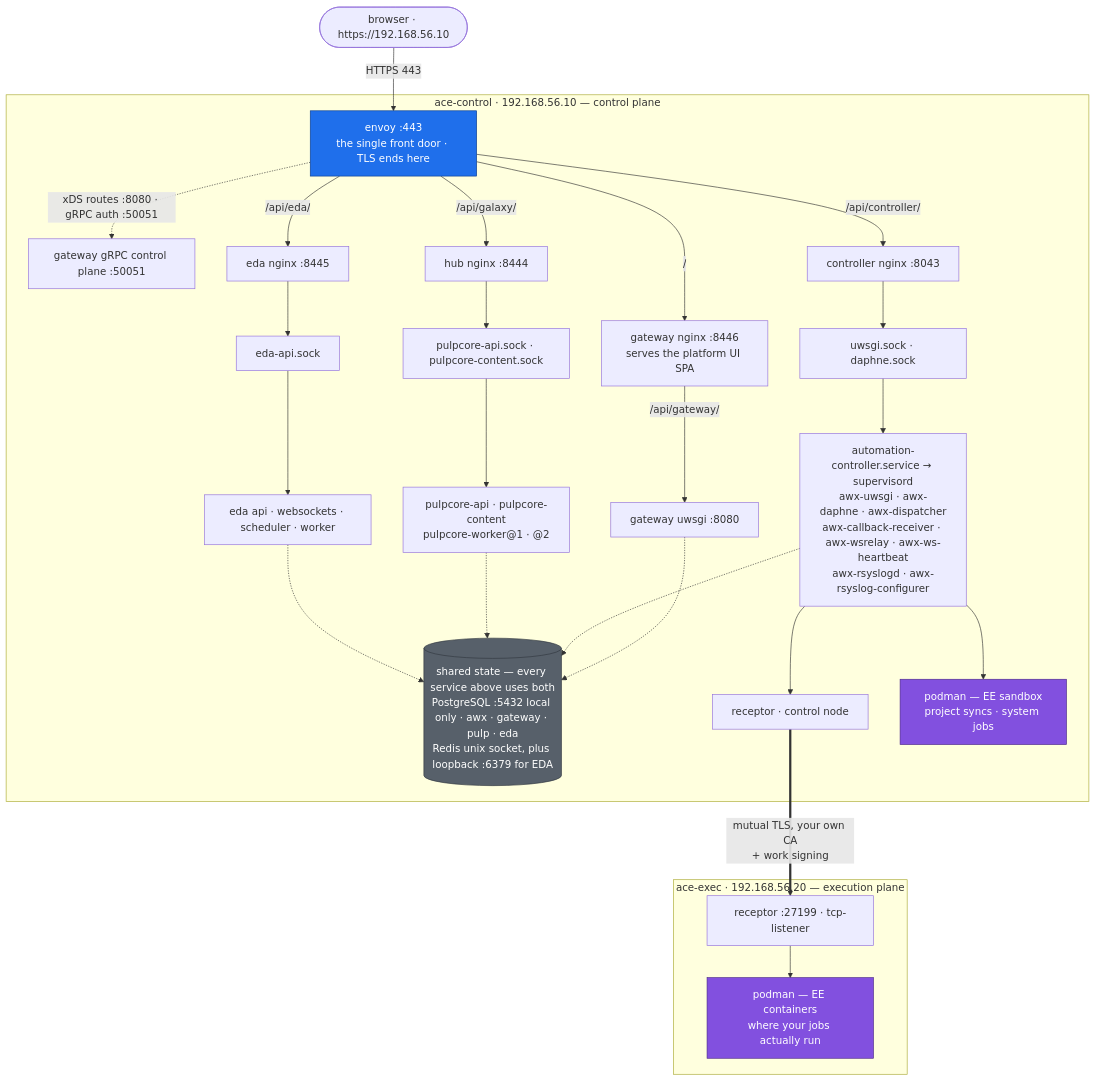
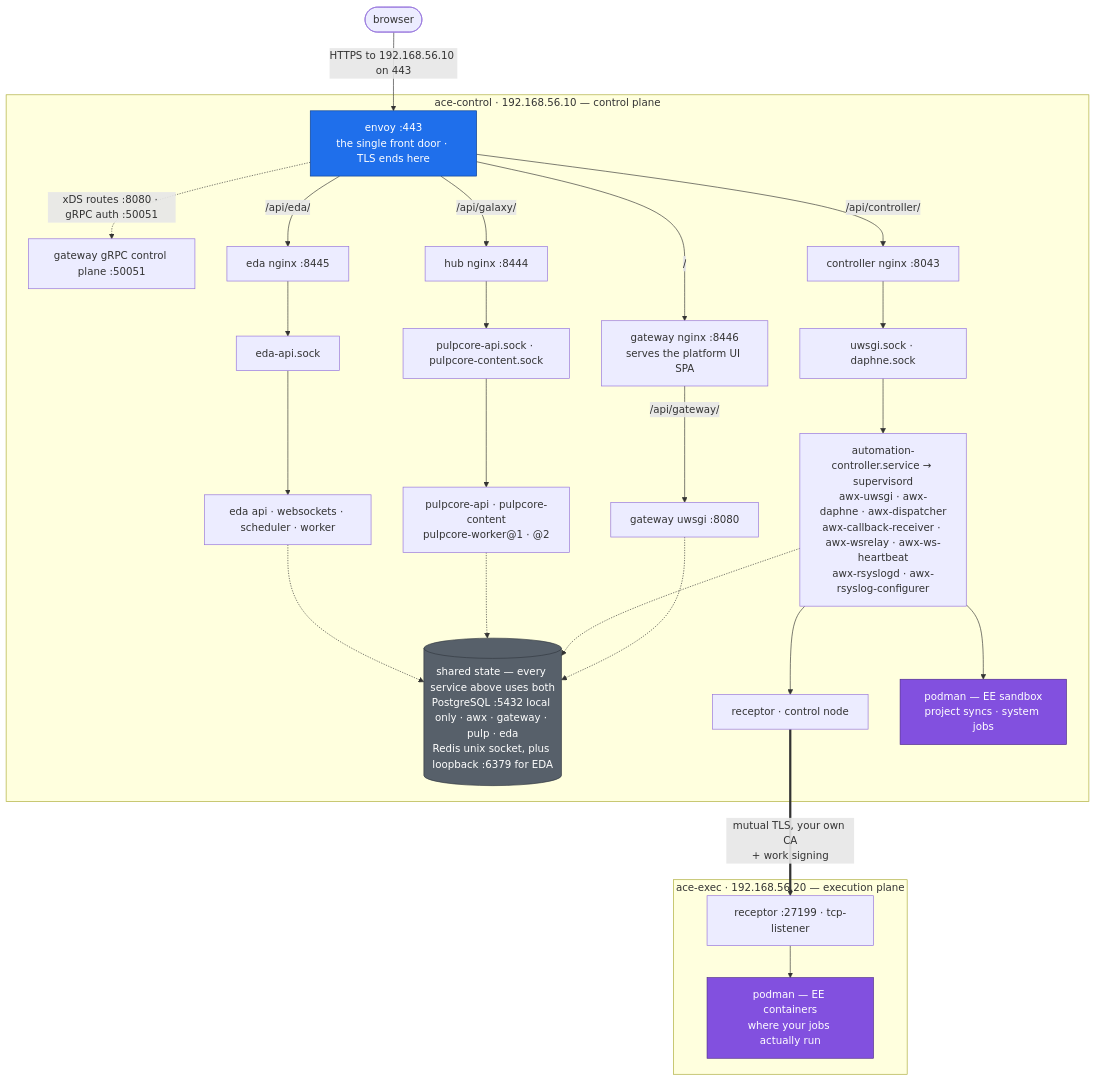
One commit to sammonsjl/ace-the-hard-way changed the diagram in README.md. Above: the diagram before and after it, drawn with Mermaid.

Commit message:
README: keep URLs out of mermaid labels — GitHub renders them as "Unsupported markdown: link"
GitHub parses mermaid node labels as markdown strings and its handler has no
link support, so the bare https:// URL in the browser node rendered as the
literal text "Unsupported markdown: link". Drop the scheme: the node is just
"browser" and the address moves into the edge label. mermaid-cli can't catch
this locally — it renders labels through the HTML/text path, not GitHub's
markdown-label path.

````diff
--- a/README.md
+++ b/README.md
@@ -22,64 +22,64 @@
 ```mermaid
 flowchart TD
-    browser(["browser · https://192.168.56.10"])
+    browser(["browser"])
 
     subgraph CONTROL["ace-control · 192.168.56.10 — control plane"]
         envoy["envoy :443<br/>the single front door · TLS ends here"]
 
         gwnginx["gateway nginx :8446<br/>serves the platform UI SPA"]
         gwuwsgi["gateway uwsgi :8080"]
         gwgrpc["gateway gRPC control plane :50051"]
 
         ctlnginx["controller nginx :8043"]
         ctlsock["uwsgi.sock · daphne.sock"]
         ctlsup["automation-controller.service → supervisord<br/>awx-uwsgi · awx-daphne · awx-dispatcher<br/>awx-callback-receiver · awx-wsrelay · awx-ws-heartbeat<br/>awx-rsyslogd · awx-rsyslog-configurer"]
 
         hubnginx["hub nginx :8444"]
         hubsock["pulpcore-api.sock · pulpcore-content.sock"]
         hubproc["pulpcore-api · pulpcore-content<br/>pulpcore-worker@1 · @2"]
 
         edanginx["eda nginx :8445"]
         edasock["eda-api.sock"]
         edaproc["eda api · websockets · scheduler · worker"]
 
         state[("shared state — every service above uses both<br/>PostgreSQL :5432 local only · awx · gateway · pulp · eda<br/>Redis unix socket, plus loopback :6379 for EDA")]
 
         rcontrol["receptor · control node"]
         podmanc["podman — EE sandbox<br/>project syncs · system jobs"]
     end
 
     subgraph EXEC["ace-exec · 192.168.56.20 — execution plane"]
         rexec["receptor :27199 · tcp-listener"]
         podmane["podman — EE containers<br/>where your jobs actually run"]
     end
 
-    browser -->|"HTTPS 443"| envoy
+    browser -->|"HTTPS to 192.168.56.10 on 443"| envoy
 
     envoy -->|"/"| gwnginx
     envoy -->|"/api/controller/"| ctlnginx
     envoy -->|"/api/galaxy/"| hubnginx
     envoy -->|"/api/eda/"| edanginx
     envoy -.->|"xDS routes :8080 · gRPC auth :50051"| gwgrpc
 
     gwnginx -->|"/api/gateway/"| gwuwsgi
     ctlnginx --> ctlsock --> ctlsup
     hubnginx --> hubsock --> hubproc
     edanginx --> edasock --> edaproc
 
     gwuwsgi -.-> state
     ctlsup -.-> state
     hubproc -.-> state
     edaproc -.-> state
 
     ctlsup --> podmanc
     ctlsup --> rcontrol
     rcontrol ==>|"mutual TLS, your own CA<br/>+ work signing"| rexec
     rexec --> podmane
 
     classDef door fill:#1f6feb,stroke:#0b3d8f,color:#ffffff
     classDef ee fill:#8250df,stroke:#4c2889,color:#ffffff
     classDef store fill:#57606a,stroke:#32383f,color:#ffffff
     class envoy door
     class podmanc,podmane ee
     class state store
 ```
````
